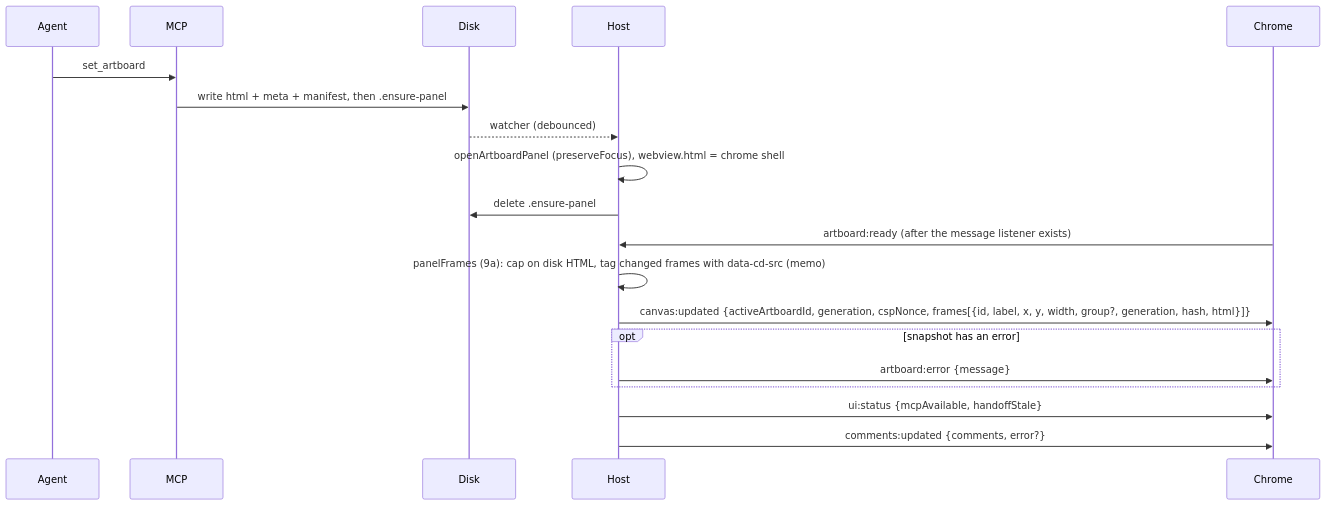
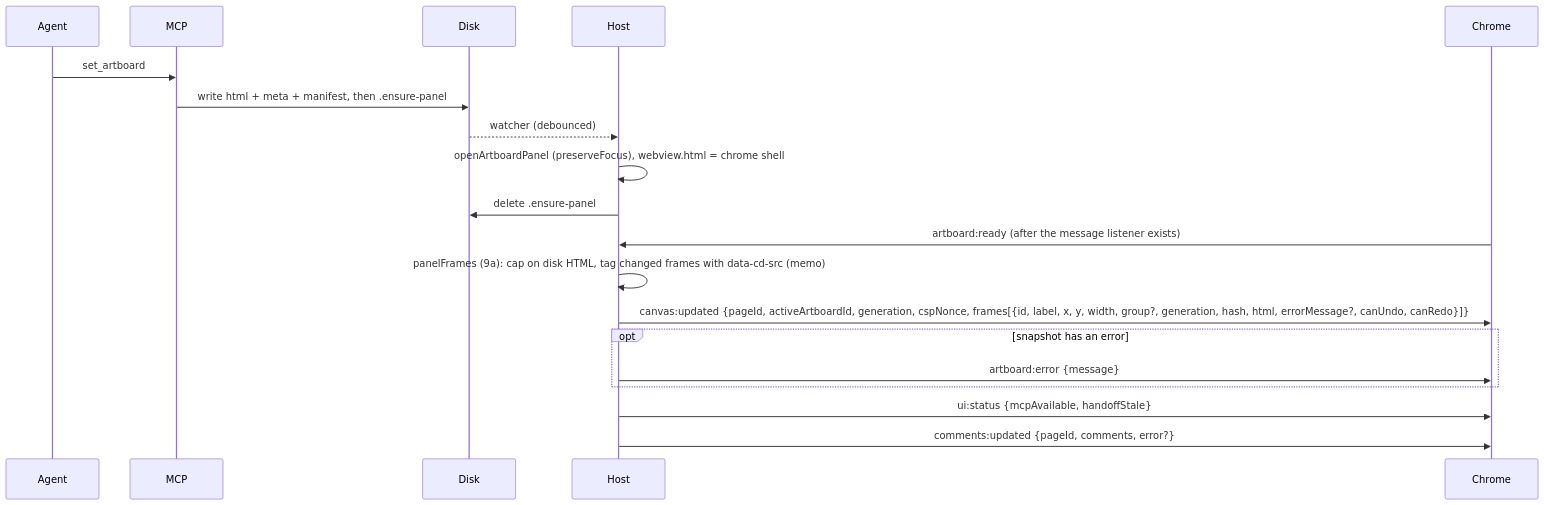
Before and after one commit to MarekBombera/cursor-design-extension: the fourth of 16 diagrams in blueprint/context/system-map.md, drawn with Mermaid. The commit also changed other lines of this file and 60 other files, not shown here.

````diff
--- a/blueprint/context/system-map.md
+++ b/blueprint/context/system-map.md
@@ -209,21 +209,21 @@
 ```mermaid
 sequenceDiagram
   participant A as Agent
   participant M as MCP
   participant D as Disk
   participant H as Host
   participant C as Chrome
   A->>M: set_artboard
   M->>D: write html + meta + manifest, then .ensure-panel
   D-->>H: watcher (debounced)
   H->>H: openArtboardPanel (preserveFocus), webview.html = chrome shell
   H->>D: delete .ensure-panel
   C->>H: artboard:ready (after the message listener exists)
   H->>H: panelFrames (9a): cap on disk HTML, tag changed frames with data-cd-src (memo)
-  H->>C: canvas:updated {activeArtboardId, generation, cspNonce, frames[{id, label, x, y, width, group?, generation, hash, html}]}
+  H->>C: canvas:updated {pageId, activeArtboardId, generation, cspNonce, frames[{id, label, x, y, width, group?, generation, hash, html, errorMessage?, canUndo, canRedo}]}
   opt snapshot has an error
     H->>C: artboard:error {message}
   end
   H->>C: ui:status {mcpAvailable, handoffStale}
-  H->>C: comments:updated {comments, error?}
+  H->>C: comments:updated {pageId, comments, error?}
 ```
````
